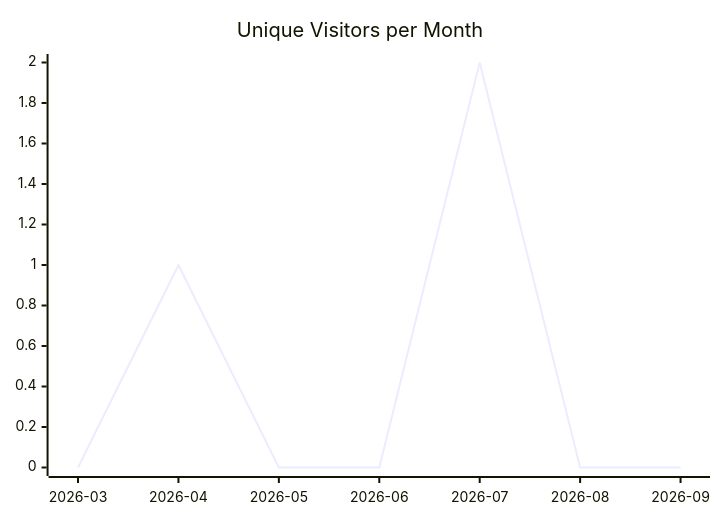
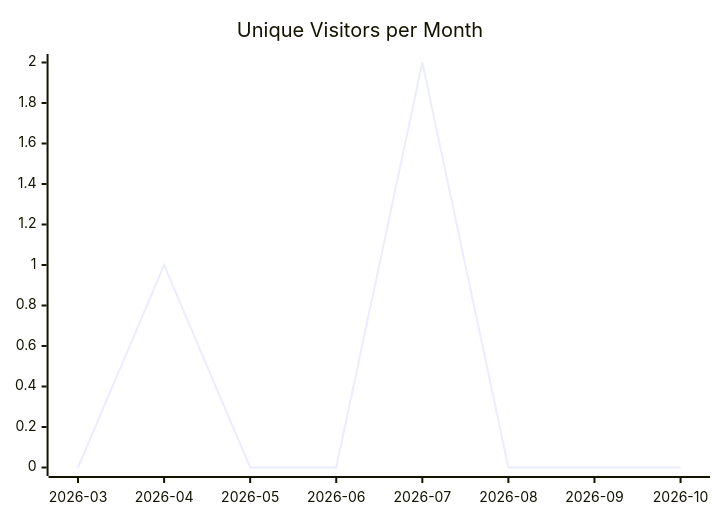
The first of 3 diagrams in justdavis-family/github-analytics-data/README.md (justdavis-family/github-analytics-data), drawn with Mermaid before and after one commit. The commit also changed other lines of this file and 202 other files, not shown here.

````diff
--- a/justdavis-family/github-analytics-data/README.md
+++ b/justdavis-family/github-analytics-data/README.md
@@ -5,6 +5,6 @@
 ```mermaid
 xychart-beta
   title "Unique Visitors per Month"
-  x-axis ["2026-03", "2026-04", "2026-05", "2026-06", "2026-07", "2026-08", "2026-09"]
-  line [0, 1, 0, 0, 2, 0, 0]
+  x-axis ["2026-03", "2026-04", "2026-05", "2026-06", "2026-07", "2026-08", "2026-09", "2026-10"]
+  line [0, 1, 0, 0, 2, 0, 0, 0]
 ```
````
